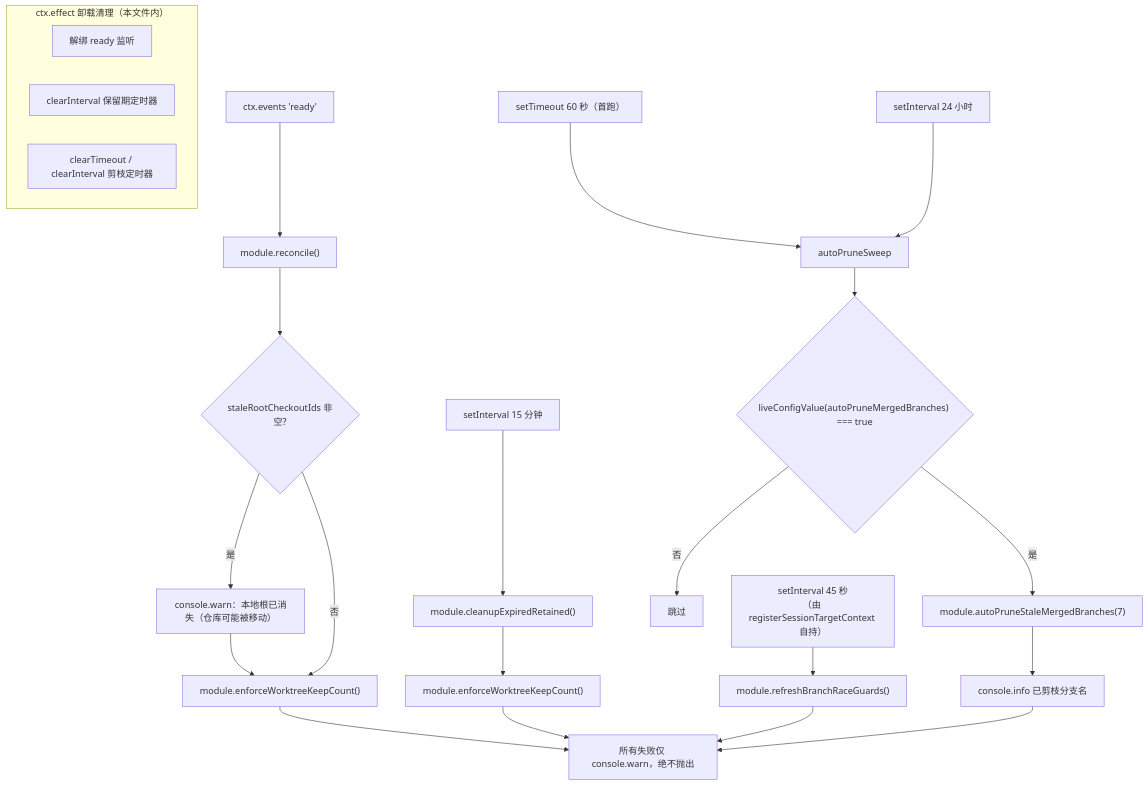
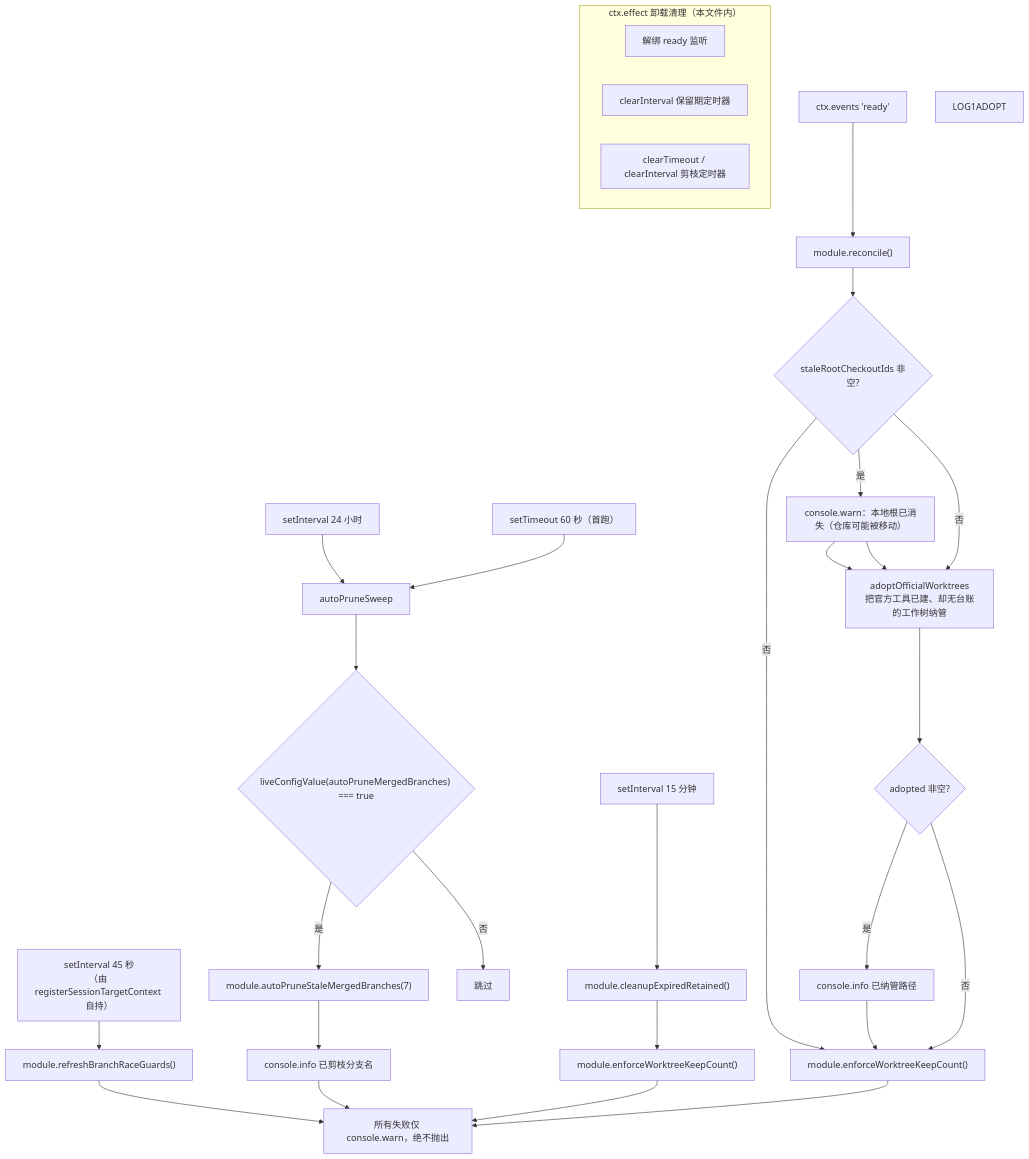
Before and after one commit to ikliml666/dsh-git-workspace: the fourth of 7 diagrams in .codewiki/modules/src-index-ts.md, drawn with Mermaid. The commit also changed other lines of this file and 28 other files, not shown here.

````diff
--- a/.codewiki/modules/src-index-ts.md
+++ b/.codewiki/modules/src-index-ts.md
@@ -253,31 +260,38 @@
 ```mermaid
 flowchart TB
     BOOT["ctx.events 'ready'"] --> REC["module.reconcile()"]
     REC --> WARN{"staleRootCheckoutIds 非空?"}
     WARN -->|"是"| LOG1["console.warn：本地根已消失（仓库可能被移动）"]
+    WARN -->|"否"| ADOPT1["adoptOfficialWorktrees<br/>把官方工具已建、却无台账的工作树纳管"]
+    LOG1 --> ADOPT1
+    ADOPT1 --> ADOPTLOG{"adopted 非空?"}
+    ADOPTLOG -->|"是"| ADOPTINFO["console.info 已纳管路径"]
+    ADOPTLOG -->|"否"| KEEP1["module.enforceWorktreeKeepCount()"]
+    ADOPTINFO --> KEEP1
+    LOG1ADOPT
     WARN -->|"否"| KEEP1["module.enforceWorktreeKeepCount()"]
-    LOG1 --> KEEP1
+    LOG1 --> ADOPT1
 
     T1["setInterval 15 分钟"] --> EXP["module.cleanupExpiredRetained()"]
     EXP --> KEEP2["module.enforceWorktreeKeepCount()"]
 
     T2["setTimeout 60 秒（首跑）"] --> SWEEP["autoPruneSweep"]
     T3["setInterval 24 小时"] --> SWEEP
     SWEEP --> GATE{"liveConfigValue(autoPruneMergedBranches) === true"}
     GATE -->|"否"| END1["跳过"]
     GATE -->|"是"| PRUNE["module.autoPruneStaleMergedBranches(7)"]
     PRUNE --> INFO["console.info 已剪枝分支名"]
 
     T4["setInterval 45 秒<br/>（由 registerSessionTargetContext 自持）"] --> REFRESH["module.refreshBranchRaceGuards()"]
 
     KEEP1 --> ALL["所有失败仅 console.warn，绝不抛出"]
     KEEP2 --> ALL
     INFO --> ALL
     REFRESH --> ALL
 
     subgraph CLEAN["ctx.effect 卸载清理（本文件内）"]
       U1["解绑 ready 监听"]
       U2["clearInterval 保留期定时器"]
       U3["clearTimeout / clearInterval 剪枝定时器"]
     end
 ```
````
